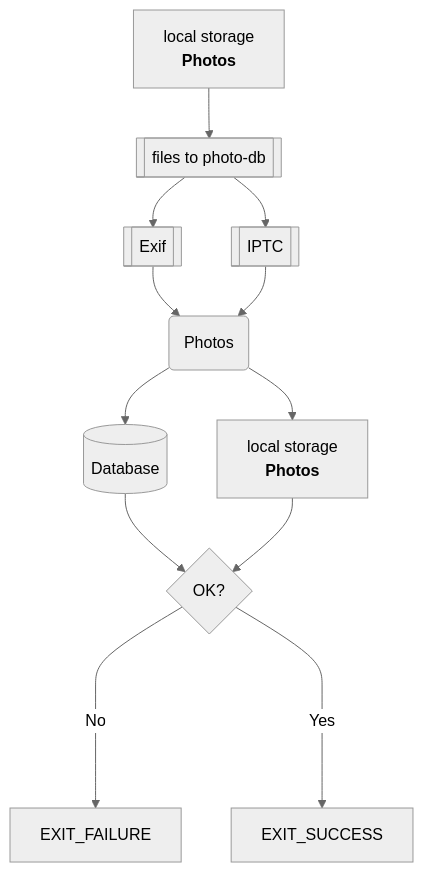
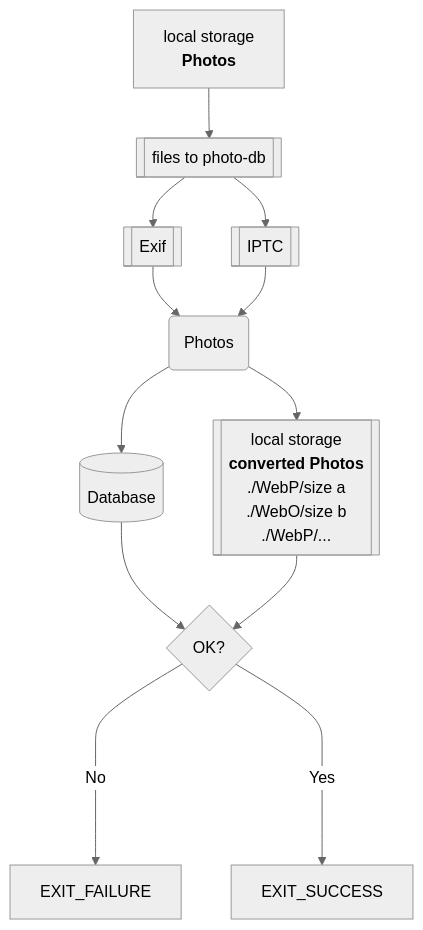
The second of 7 diagrams in README.md (Zheng-Bote/qt_files_photo-gallery), drawn with Mermaid (neutral theme) before and after one commit. The commit also changed other lines of this file, not shown here.

Commit message:
upd: Mermaid

````diff
--- a/README.md
+++ b/README.md
@@ -323,10 +326,13 @@
 ```mermaid
 flowchart TD;
   A["`local storage
   **Photos**`"] --> P[[files to photo-db]]
   P --> E[[Exif]] & I[[IPTC]] --> M(Photos)
-  M --> D[(Database)] & N["`local storage
-  **Photos**`"] --> C{OK?}
+  M --> D[(Database)] & N[["`local storage
+  **converted Photos**
+  ./WebP/size a
+  ./WebO/size b
+  ./WebP/...`"]] --> C{OK?}
   C ---->|No| F[EXIT_FAILURE]
   C ---->|Yes| O[EXIT_SUCCESS]
 ```
````
